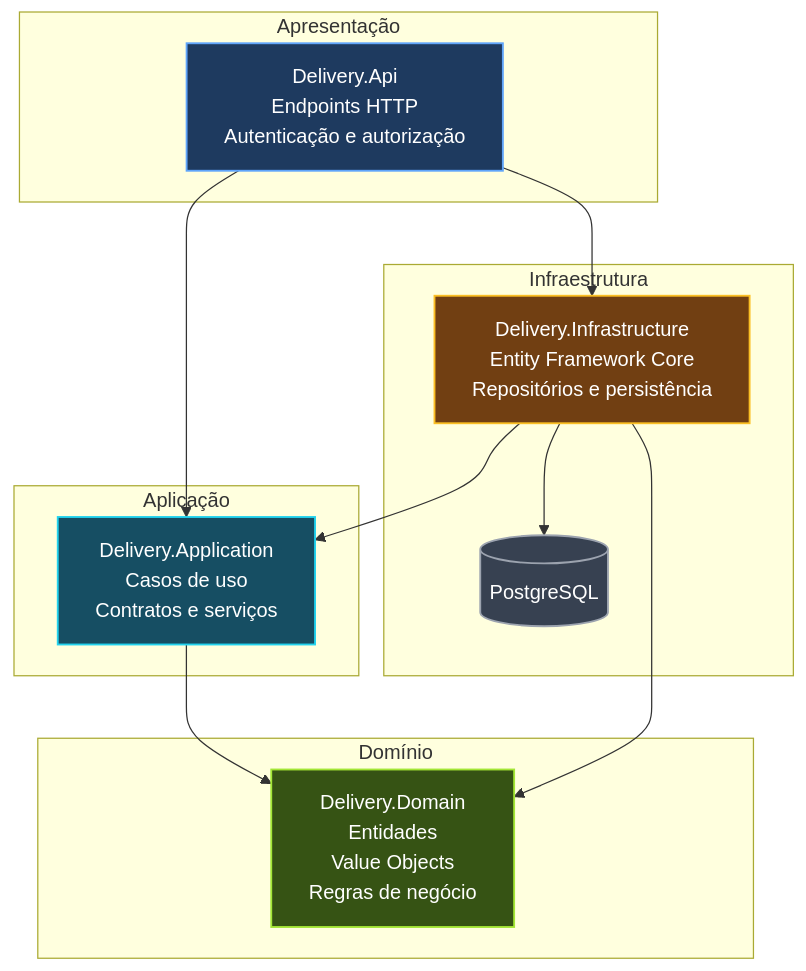
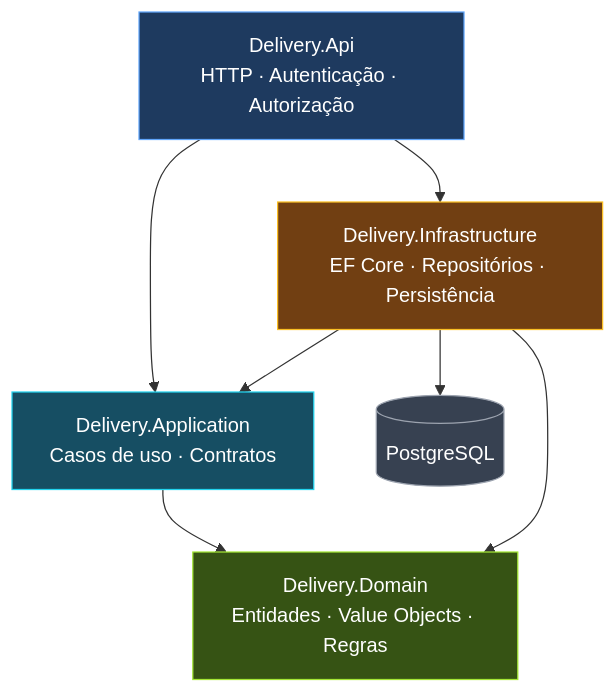
Before and after one commit to ffakira/delivery-platform: the diagram in README.md, drawn with Mermaid. The commit also changed other lines of this file and 7 other files, not shown here.

````diff
--- a/README.md
+++ b/README.md
@@ -35,38 +38,21 @@
 ```mermaid
 flowchart TB
-    subgraph Presentation["Apresentação"]
-        API["Delivery.Api<br/>Endpoints HTTP<br/>Autenticação e autorização"]
-    end
-
-    subgraph ApplicationLayer["Aplicação"]
-        APP["Delivery.Application<br/>Casos de uso<br/>Contratos e serviços"]
-    end
-
-    subgraph DomainLayer["Domínio"]
-        DOMAIN["Delivery.Domain<br/>Entidades<br/>Value Objects<br/>Regras de negócio"]
-    end
-
-    subgraph InfrastructureLayer["Infraestrutura"]
-        INFRA["Delivery.Infrastructure<br/>Entity Framework Core<br/>Repositórios e persistência"]
-        DB[("PostgreSQL")]
-    end
-
+    API["Delivery.Api<br/>HTTP · Autenticação · Autorização"]
+    APP["Delivery.Application<br/>Casos de uso · Contratos"]
+    DOMAIN["Delivery.Domain<br/>Entidades · Value Objects · Regras"]
+    INFRA["Delivery.Infrastructure<br/>EF Core · Repositórios · Persistência"]
+    DB[("PostgreSQL")]
+    
     API --> APP
     API --> INFRA
     APP --> DOMAIN
     INFRA --> APP
     INFRA --> DOMAIN
     INFRA --> DB
 
-    classDef presentation fill:#1e3a5f,color:#ffffff,stroke:#60a5fa,stroke-width:1.5px
-    classDef application fill:#164e63,color:#ffffff,stroke:#22d3ee,stroke-width:1.5px
-    classDef domain fill:#365314,color:#ffffff,stroke:#a3e635,stroke-width:1.5px
-    classDef infrastructure fill:#713f12,color:#ffffff,stroke:#fbbf24,stroke-width:1.5px
-    classDef database fill:#374151,color:#ffffff,stroke:#9ca3af,stroke-width:1.5px
-
-    class API presentation
-    class APP application
-    class DOMAIN domain
-    class INFRA infrastructure
-    class DB database
+    style DOMAIN fill:#365314,color:#fff,stroke:#a3e635
+    style APP fill:#164e63,color:#fff,stroke:#22d3ee
+    style INFRA fill:#713f12,color:#fff,stroke:#fbbf24
+    style API fill:#1e3a5f,color:#fff,stroke:#60a5fa
+    style DB fill:#374151,color:#fff,stroke:#9ca3af
 ```
````
